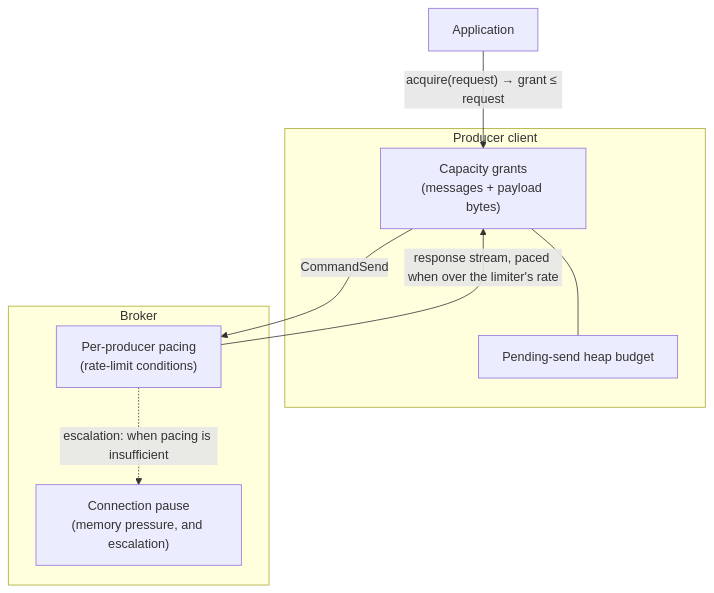
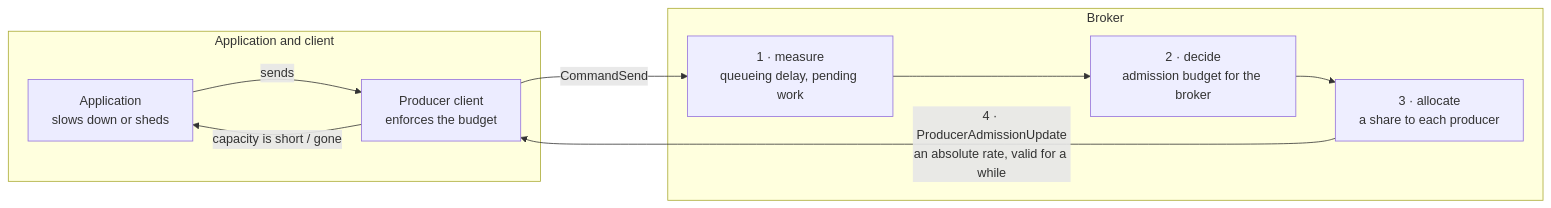
The first of 4 diagrams in pip/pip-495.md (lhotari/pulsar), drawn with Mermaid before and after one commit. The commit also changed other lines of this file, not shown here.

````diff
--- a/pip/pip-495.md
+++ b/pip/pip-495.md
@@ -108,17 +114,21 @@
 ```mermaid
-flowchart TB
-App["Application"]
-    subgraph Client["Producer client"]
-Permits["Capacity grants<br/>(messages + payload bytes)"]
-Heap["Pending-send heap budget"]
+flowchart LR
+    subgraph AppSide["Application and client"]
+      App["Application<br/>slows down or sheds"]
+      Cli["Producer client<br/>enforces the budget"]
     end
-    subgraph Broker["Broker"]
-Pace["Per-producer pacing<br/>(rate-limit conditions)"]
-Auto["Connection pause<br/>(memory pressure, and escalation)"]
+    subgraph BrokerSide["Broker"]
+      Meas["1 · measure<br/>queueing delay, pending work"]
+      Ctl["2 · decide<br/>admission budget for the broker"]
+      Alloc["3 · allocate<br/>a share to each producer"]
     end
-App -- "acquire(request) → grant ≤ request" --> Permits
-Permits --- Heap
-Permits -- "CommandSend" --> Pace
-Pace -- "response stream, paced when over the limiter's rate" --> Permits
-Pace -. "escalation: when pacing is insufficient" .-> Auto
+
+    App -- "sends" --> Cli
+    Cli -- "CommandSend" --> Meas
+    Meas --> Ctl --> Alloc
+    Alloc -- "4 · ProducerAdmissionUpdate<br/>an absolute rate, valid for a while" --> Cli
+    Cli -- "capacity is short / gone" --> App
+
+    classDef m fill:#eef
+    class Meas,Ctl,Alloc m
 ```
````
